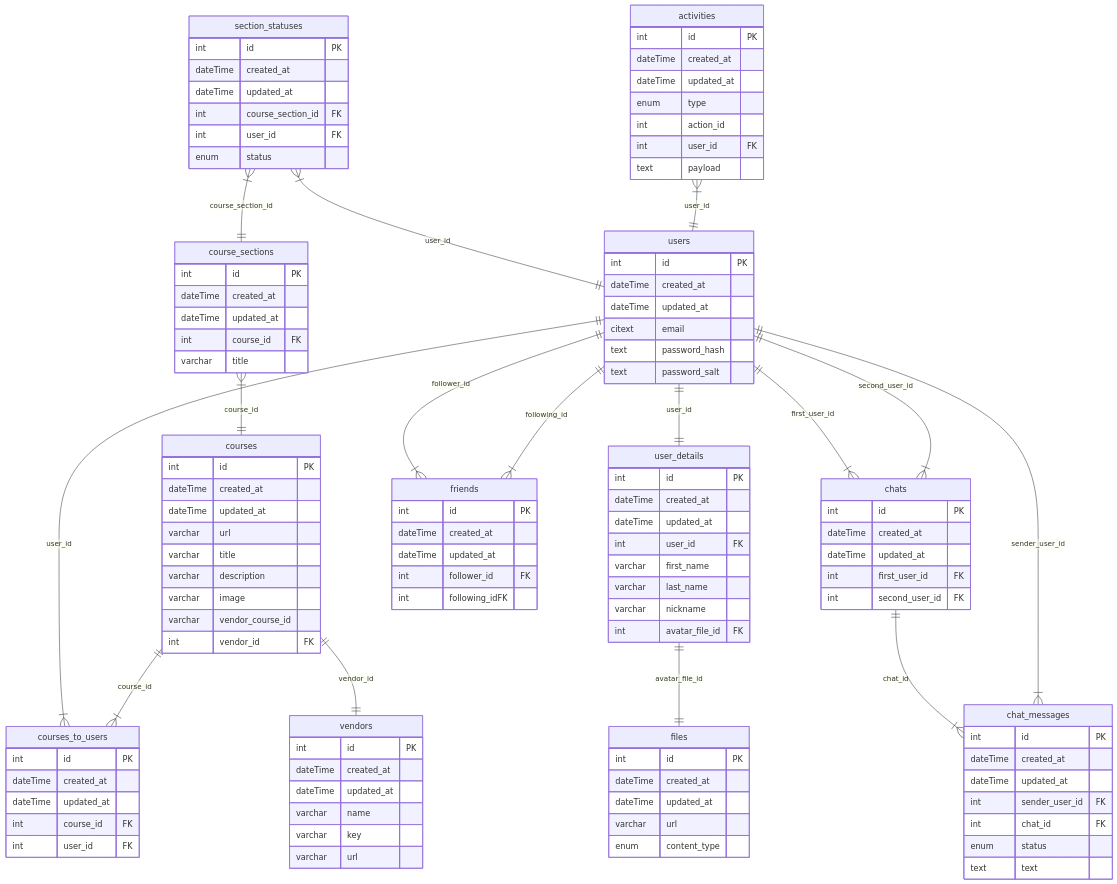
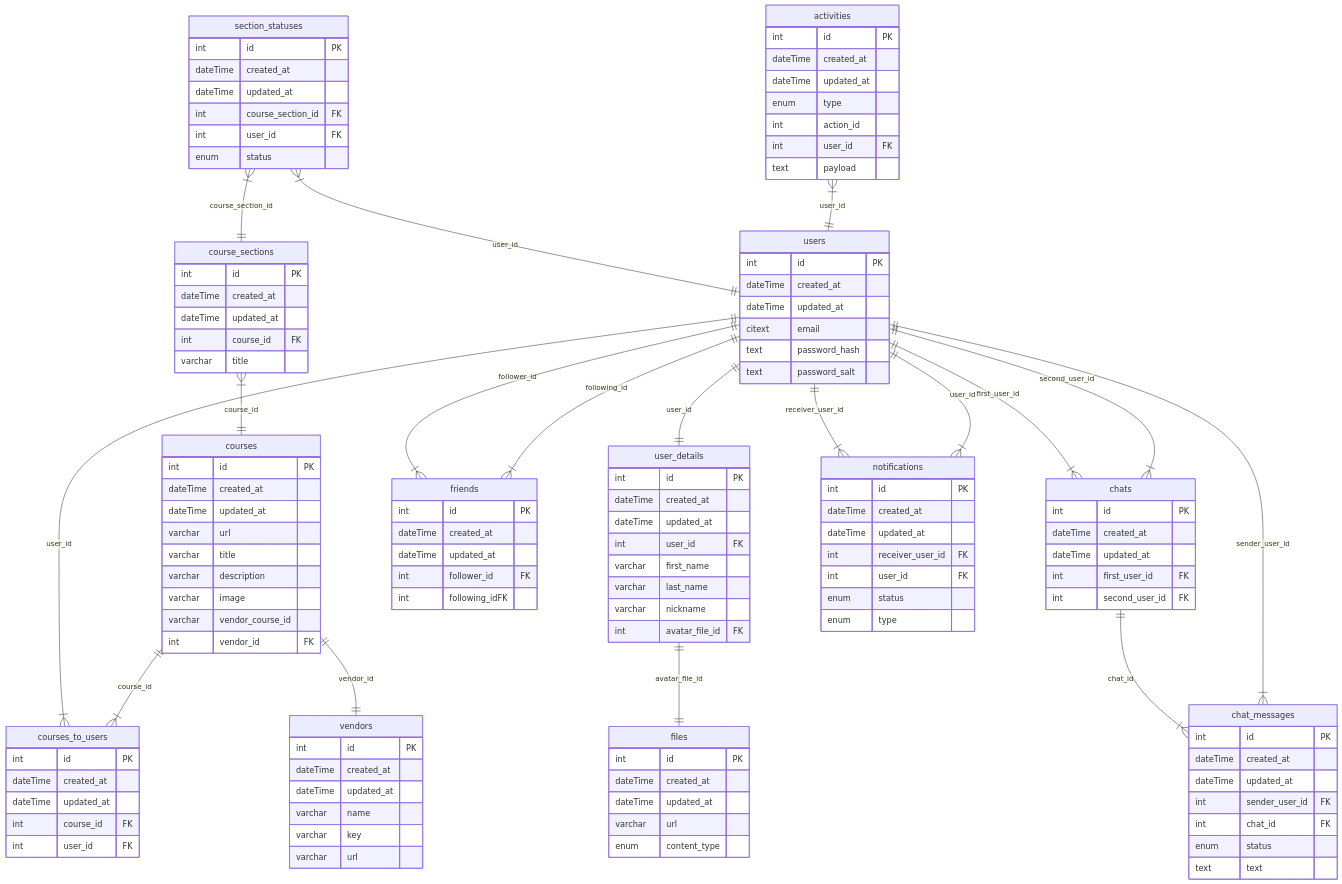
One commit to BinaryStudioAcademy/bsa-winter-2023-2024-trackmates changed the diagram in readme.md. Above: the diagram before and after it, drawn with Mermaid. The commit also changed 80 other files, not shown here.

````diff
--- a/readme.md
+++ b/readme.md
@@ -126,6 +126,16 @@
     text text
    }
 
+   notifications {
+    int id PK
+    dateTime created_at
+    dateTime updated_at
+    int receiver_user_id FK
+    int user_id FK
+    enum status
+    enum type
+   }
+
    activities {
     int id PK
     dateTime created_at
@@ -159,4 +169,6 @@
    section_statuses }|--|| users : user_id
    activities }|--|| users : user_id
 
+   users ||--|{ notifications : receiver_user_id
+   users ||--|{ notifications : user_id
 ```
````
